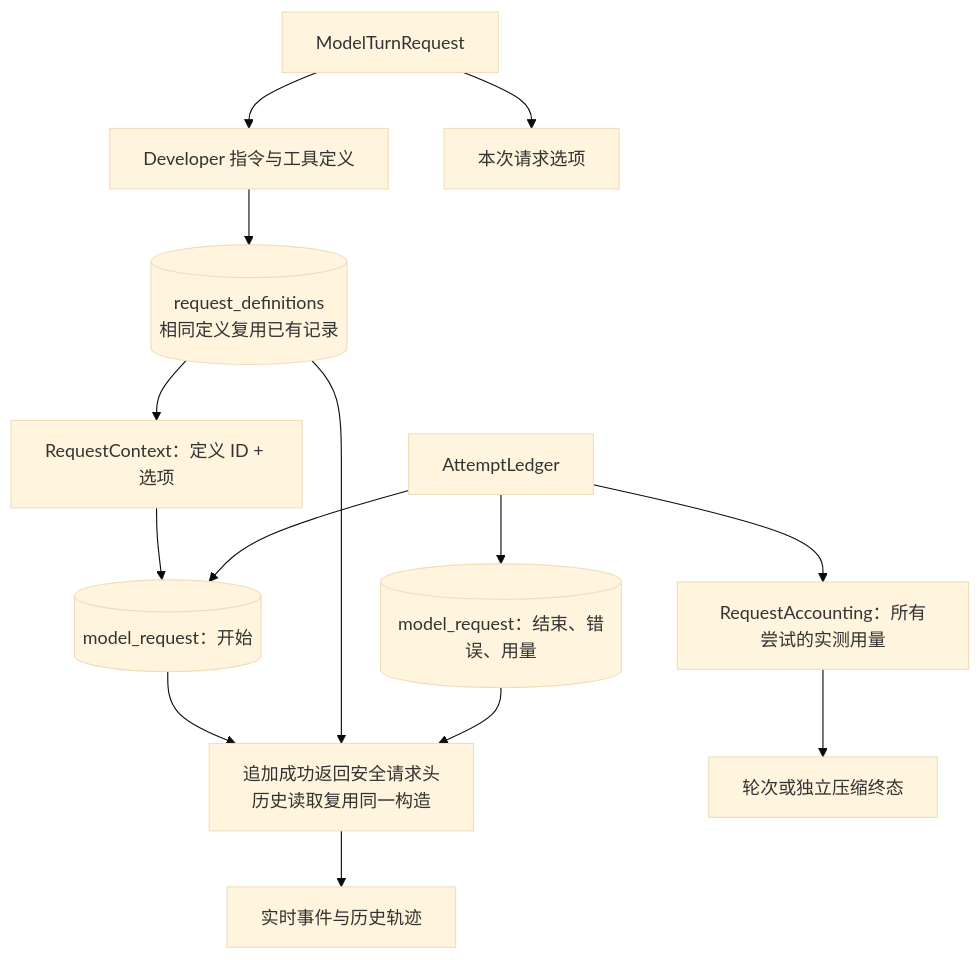
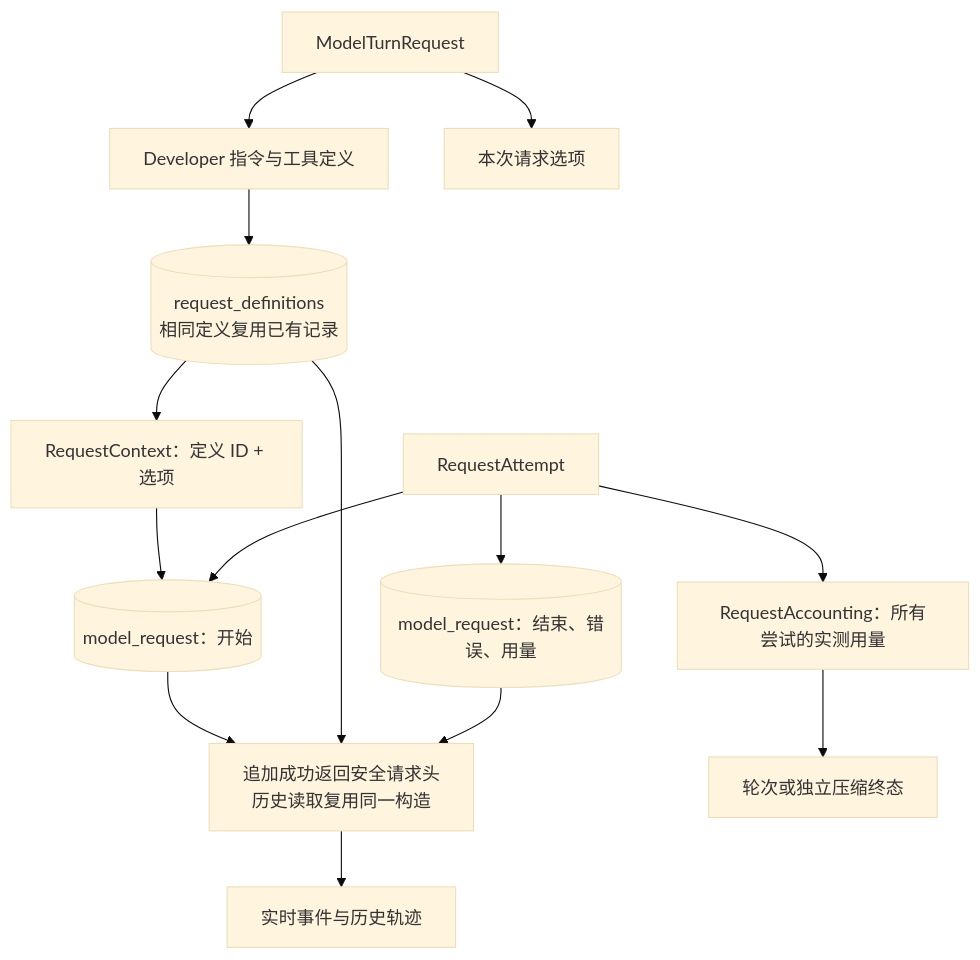
Before and after one commit to qjcnmd/singularity-agent: diagram 26 of 29 in docs/architecture.md, drawn with Mermaid (base theme). The commit also changed other lines of this file and 49 other files, not shown here.

````diff
--- a/docs/architecture.md
+++ b/docs/architecture.md
@@ -726,16 +726,16 @@
 ```mermaid
 flowchart TB
     Request["ModelTurnRequest"] --> Definitions["Developer 指令与工具定义"]
     Definitions --> Snapshot[("request_definitions<br/>相同定义复用已有记录")]
     Request --> Preferences["本次请求选项"]
     Snapshot --> Reference["RequestContext：定义 ID + 选项"]
     Reference --> Start[("model_request：开始")]
-    Attempt["AttemptLedger"] --> Start
+    Attempt["RequestAttempt"] --> Start
     Attempt --> End[("model_request：结束、错误、用量")]
     Start --> Head["追加成功返回安全请求头<br/>历史读取复用同一构造"]
     Snapshot --> Head
     End --> Head
     Head --> UI["实时事件与历史轨迹"]
     Attempt --> Usage["RequestAccounting：所有尝试的实测用量"]
     Usage --> Terminal["轮次或独立压缩终态"]
 ```
````
